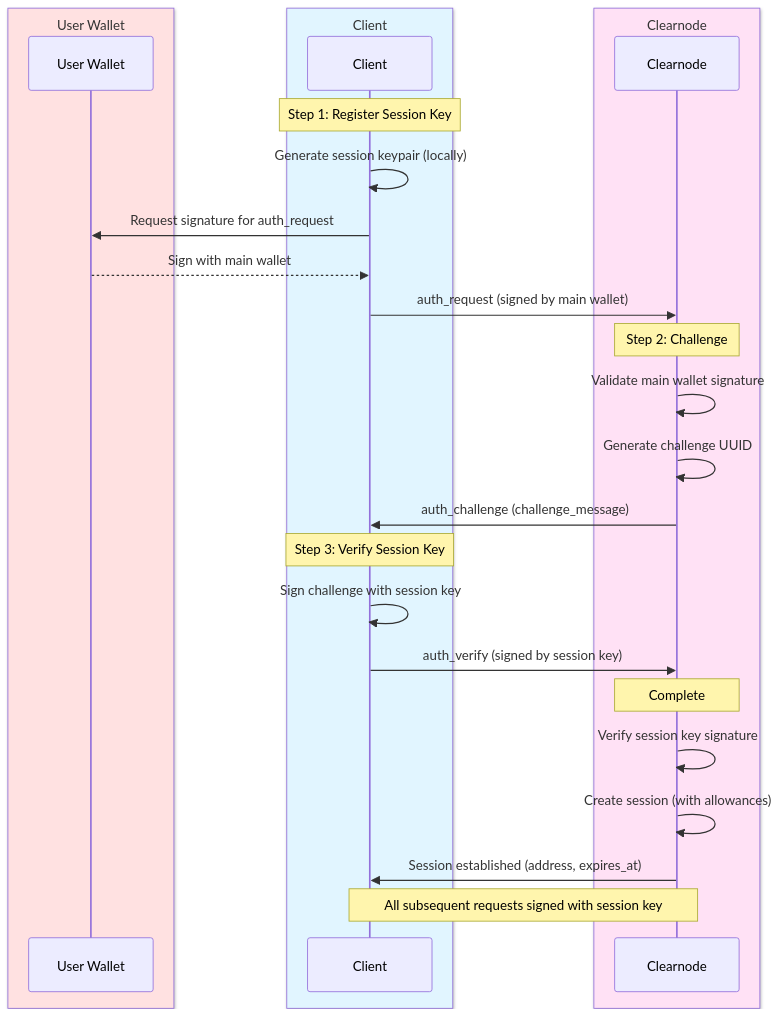
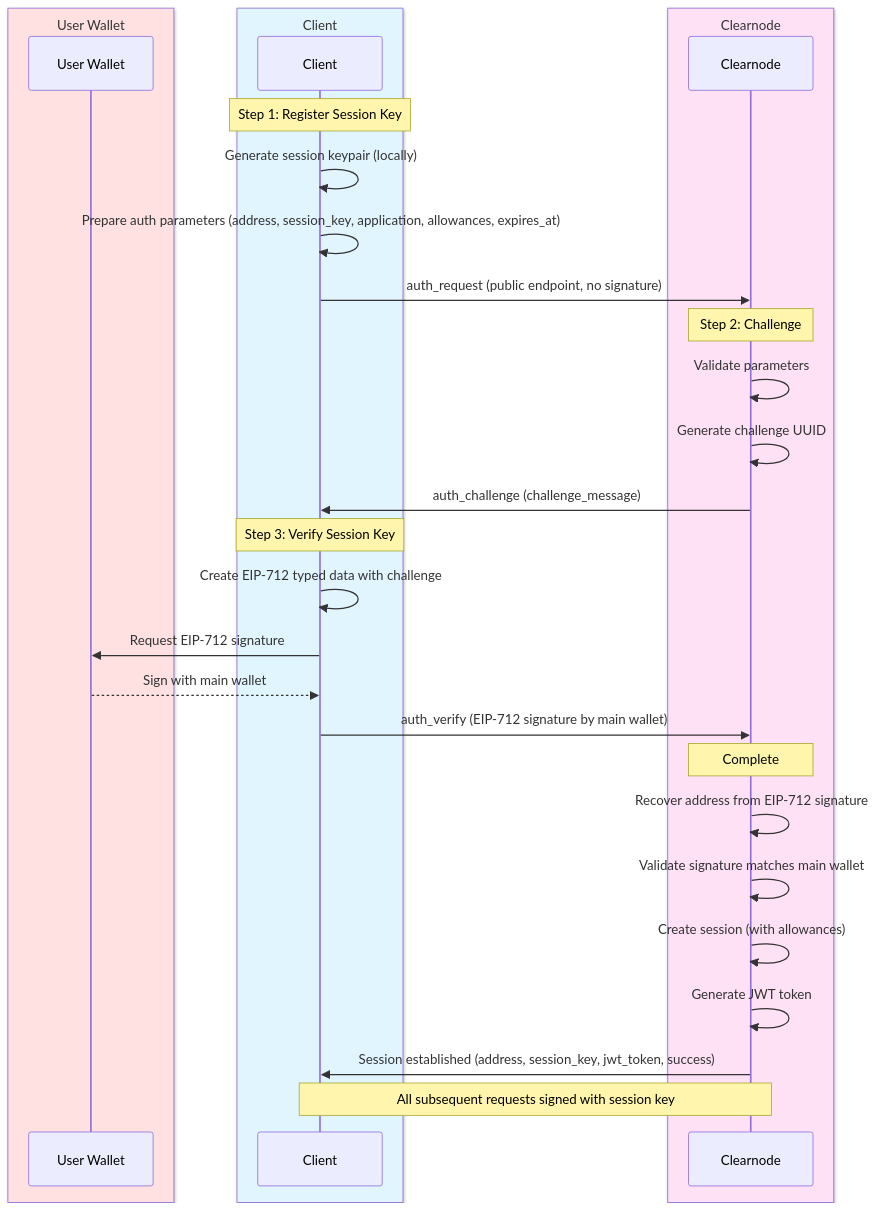
The first of 2 diagrams in docs/protocol/off-chain/authentication.mdx (layer-3/docs), drawn with Mermaid before and after one commit. The commit also changed other lines of this file and 1 other file, not shown here.

Commit message:
Addressed comments for auth and channel method pages

````diff
--- a/docs/protocol/off-chain/authentication.mdx
+++ b/docs/protocol/off-chain/authentication.mdx
@@ -61,35 +61,38 @@
 ```mermaid
 sequenceDiagram
     box rgb(255,225,225) User Wallet
         participant UW as User Wallet
     end
     box rgb(225,245,255) Client
         participant Client
     end
     box rgb(255,225,245) Clearnode
         participant Clearnode
     end
 
     Note over Client: Step 1: Register Session Key
     Client->>Client: Generate session keypair (locally)
-    Client->>UW: Request signature for auth_request
-    UW-->>Client: Sign with main wallet
-    Client->>Clearnode: auth_request (signed by main wallet)
+    Client->>Client: Prepare auth parameters (address, session_key, application, allowances, expires_at)
+    Client->>Clearnode: auth_request (public endpoint, no signature)
 
     Note over Clearnode: Step 2: Challenge
-    Clearnode->>Clearnode: Validate main wallet signature
+    Clearnode->>Clearnode: Validate parameters
     Clearnode->>Clearnode: Generate challenge UUID
     Clearnode->>Client: auth_challenge (challenge_message)
 
     Note over Client: Step 3: Verify Session Key
-    Client->>Client: Sign challenge with session key
-    Client->>Clearnode: auth_verify (signed by session key)
+    Client->>Client: Create EIP-712 typed data with challenge
+    Client->>UW: Request EIP-712 signature
+    UW-->>Client: Sign with main wallet
+    Client->>Clearnode: auth_verify (EIP-712 signature by main wallet)
 
     Note over Clearnode: Complete
-    Clearnode->>Clearnode: Verify session key signature
+    Clearnode->>Clearnode: Recover address from EIP-712 signature
+    Clearnode->>Clearnode: Validate signature matches main wallet
     Clearnode->>Clearnode: Create session (with allowances)
-    Clearnode->>Client: Session established (address, expires_at)
+    Clearnode->>Clearnode: Generate JWT token
+    Clearnode->>Client: Session established (address, session_key, jwt_token, success)
 
     Note over Client,Clearnode: All subsequent requests signed with session key
 
 ```
````
